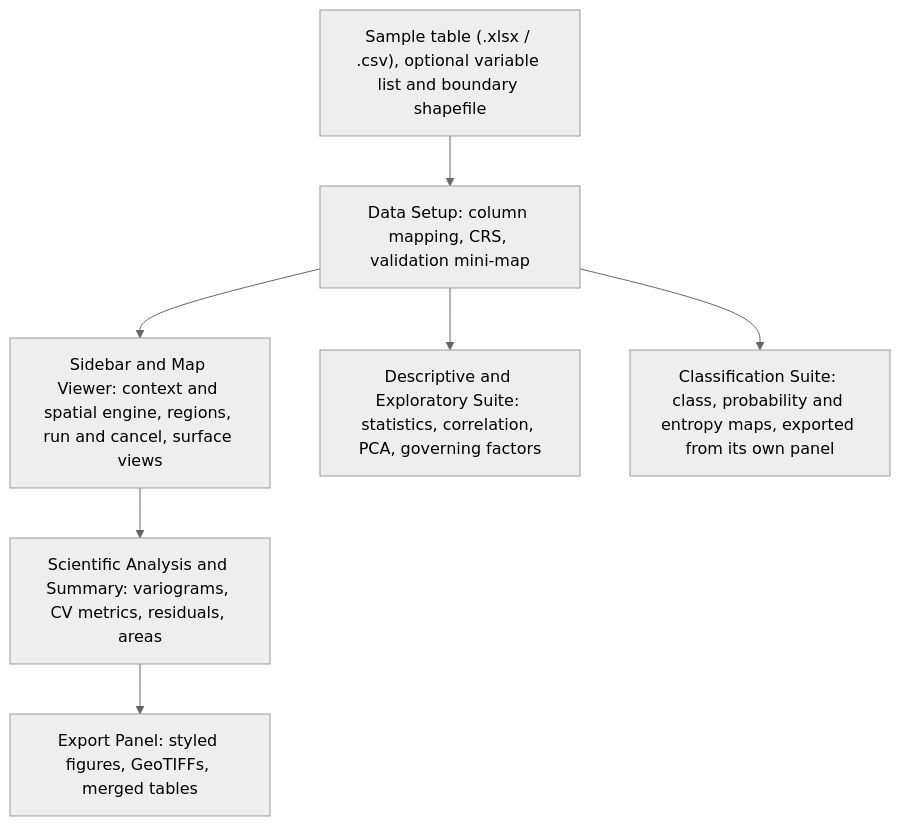
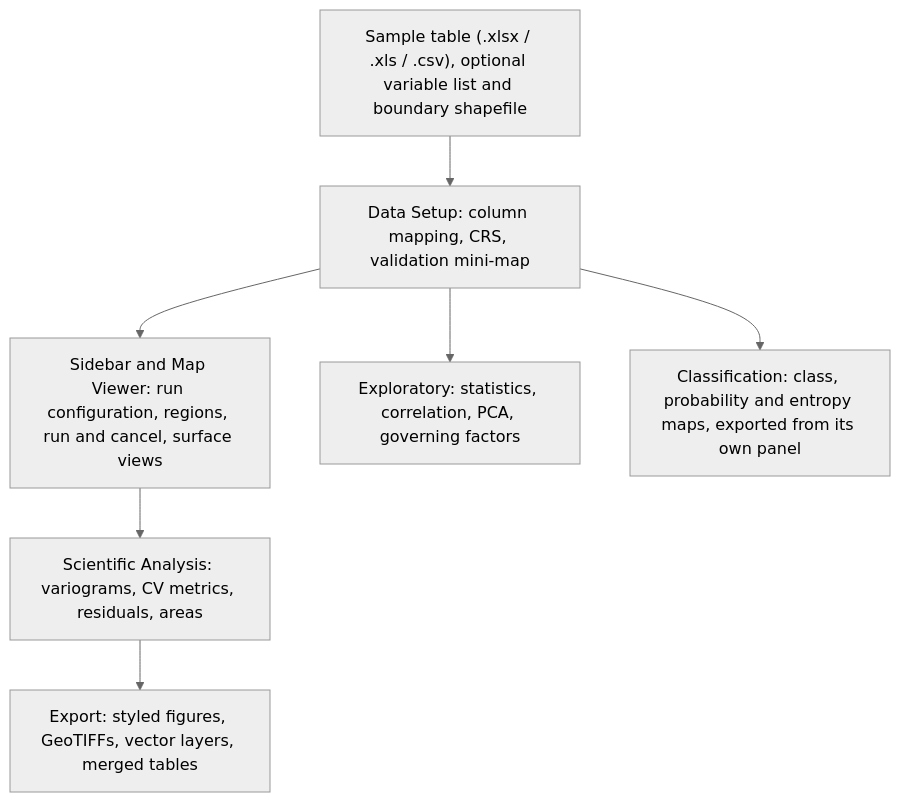
One commit to rserdarkara-hash/monolith changed the diagram in README.md. Above: the diagram before and after it, drawn with Mermaid (neutral theme). The commit also changed other lines of this file and 22 other files, not shown here.

````diff
--- a/README.md
+++ b/README.md
@@ -71,12 +64,12 @@
 ```mermaid
 flowchart TD
-    U["Sample table (.xlsx / .csv), optional variable list and boundary shapefile"] --> T1
+    U["Sample table (.xlsx / .xls / .csv), optional variable list and boundary shapefile"] --> T1
     T1["Data Setup: column mapping, CRS, validation mini-map"] --> T2
     T1 --> T5
     T1 --> T6
-    T2["Sidebar and Map Viewer: context and spatial engine, regions, run and cancel, surface views"] --> T3
-    T3["Scientific Analysis and Summary: variograms, CV metrics, residuals, areas"] --> T4
-    T4["Export Panel: styled figures, GeoTIFFs, merged tables"]
-    T5["Descriptive and Exploratory Suite: statistics, correlation, PCA, governing factors"]
-    T6["Classification Suite: class, probability and entropy maps, exported from its own panel"]
+    T2["Sidebar and Map Viewer: run configuration, regions, run and cancel, surface views"] --> T3
+    T3["Scientific Analysis: variograms, CV metrics, residuals, areas"] --> T4
+    T4["Export: styled figures, GeoTIFFs, vector layers, merged tables"]
+    T5["Exploratory: statistics, correlation, PCA, governing factors"]
+    T6["Classification: class, probability and entropy maps, exported from its own panel"]
 ```
````
